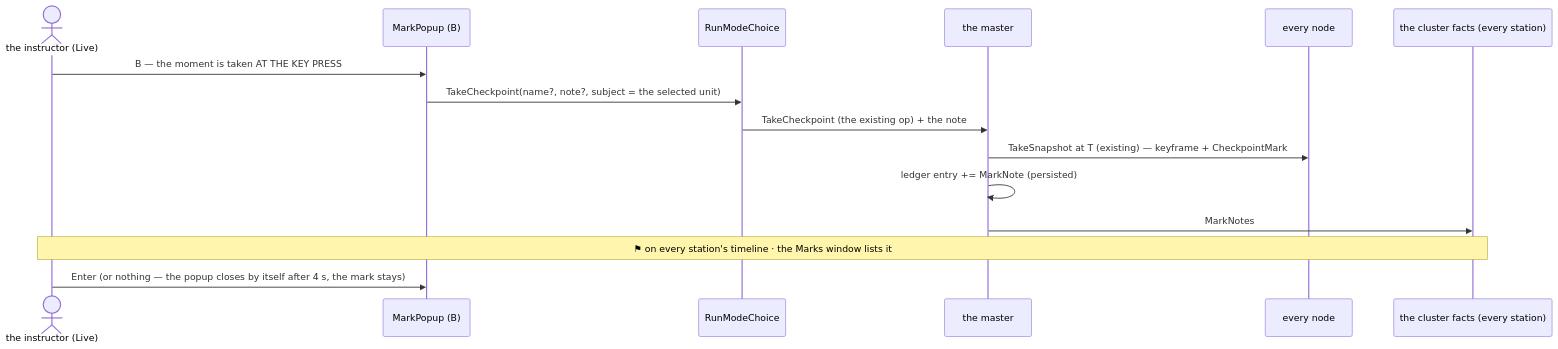
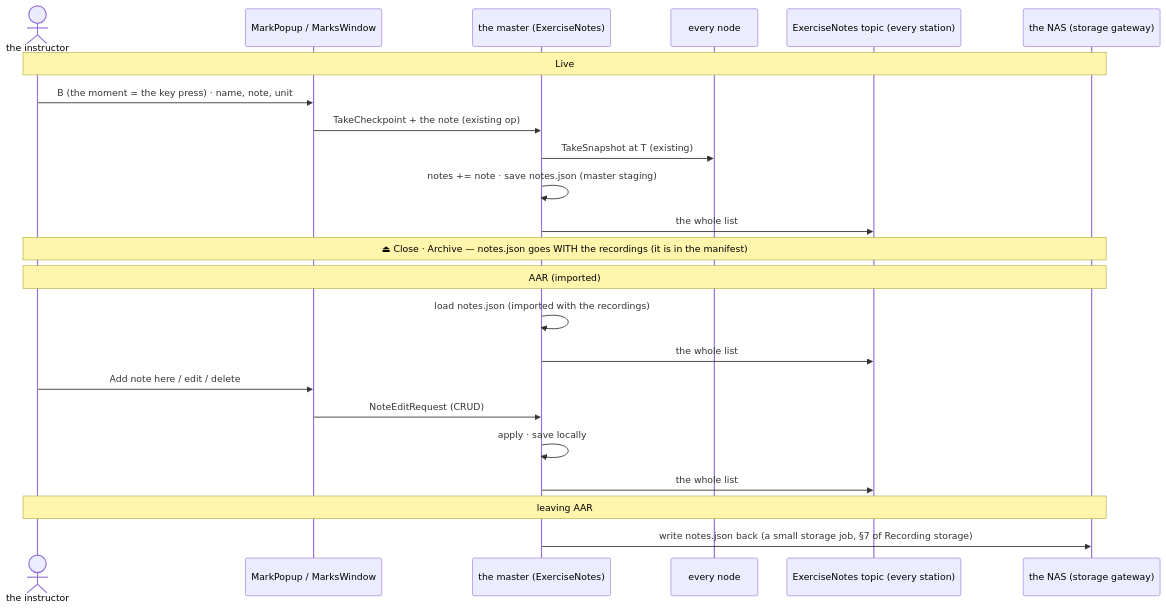
Before and after one commit to pjanec/HROT: the second of 2 diagrams in docs/UX/DESIGN_Bookmarks_And_Notes.md, drawn with Mermaid. The commit also changed other lines of this file and 4 other files, not shown here.

First line of the commit message:
E7 bookmarks and notes: Q1–Q5 decided (R-4177) — notes.json with the recordings, one managed topic + one CRUD message, write-back on leaving AAR; the timeline corner holds ⚑ and the S/W axis toggle

````diff
--- a/docs/UX/DESIGN_Bookmarks_And_Notes.md
+++ b/docs/UX/DESIGN_Bookmarks_And_Notes.md
@@ -75,17 +87,25 @@
 ```mermaid
 sequenceDiagram
-    actor I as the instructor (Live)
-    participant P as MarkPopup (B)
-    participant C as RunModeChoice
-    participant M as the master
+    actor I as the instructor
+    participant P as MarkPopup / MarksWindow
+    participant M as the master (ExerciseNotes)
     participant N as every node
-    participant F as the cluster facts (every station)
-    I->>P: B — the moment is taken AT THE KEY PRESS
-    P->>C: TakeCheckpoint(name?, note?, subject = the selected unit)
-    C->>M: TakeCheckpoint (the existing op) + the note
-    M->>N: TakeSnapshot at T (existing) — keyframe + CheckpointMark
-    M->>M: ledger entry += MarkNote (persisted)
-    M->>F: MarkNotes
-    Note over I,F: ⚑ on every station's timeline · the Marks window lists it
-    I->>P: Enter (or nothing — the popup closes by itself after 4 s, the mark stays)
+    participant T as ExerciseNotes topic (every station)
+    participant S as the NAS (storage gateway)
+    Note over I,S: Live
+    I->>P: B (the moment = the key press) · name, note, unit
+    P->>M: TakeCheckpoint + the note (existing op)
+    M->>N: TakeSnapshot at T (existing)
+    M->>M: notes += note · save notes.json (master staging)
+    M->>T: the whole list
+    Note over I,S: ⏏ Close · Archive — notes.json goes WITH the recordings (it is in the manifest)
+    Note over I,S: AAR (imported)
+    M->>M: load notes.json (imported with the recordings)
+    M->>T: the whole list
+    I->>P: Add note here / edit / delete
+    P->>M: NoteEditRequest (CRUD)
+    M->>M: apply · save locally
+    M->>T: the whole list
+    Note over I,S: leaving AAR
+    M->>S: write notes.json back (a small storage job, §7 of Recording storage)
 ```
````
